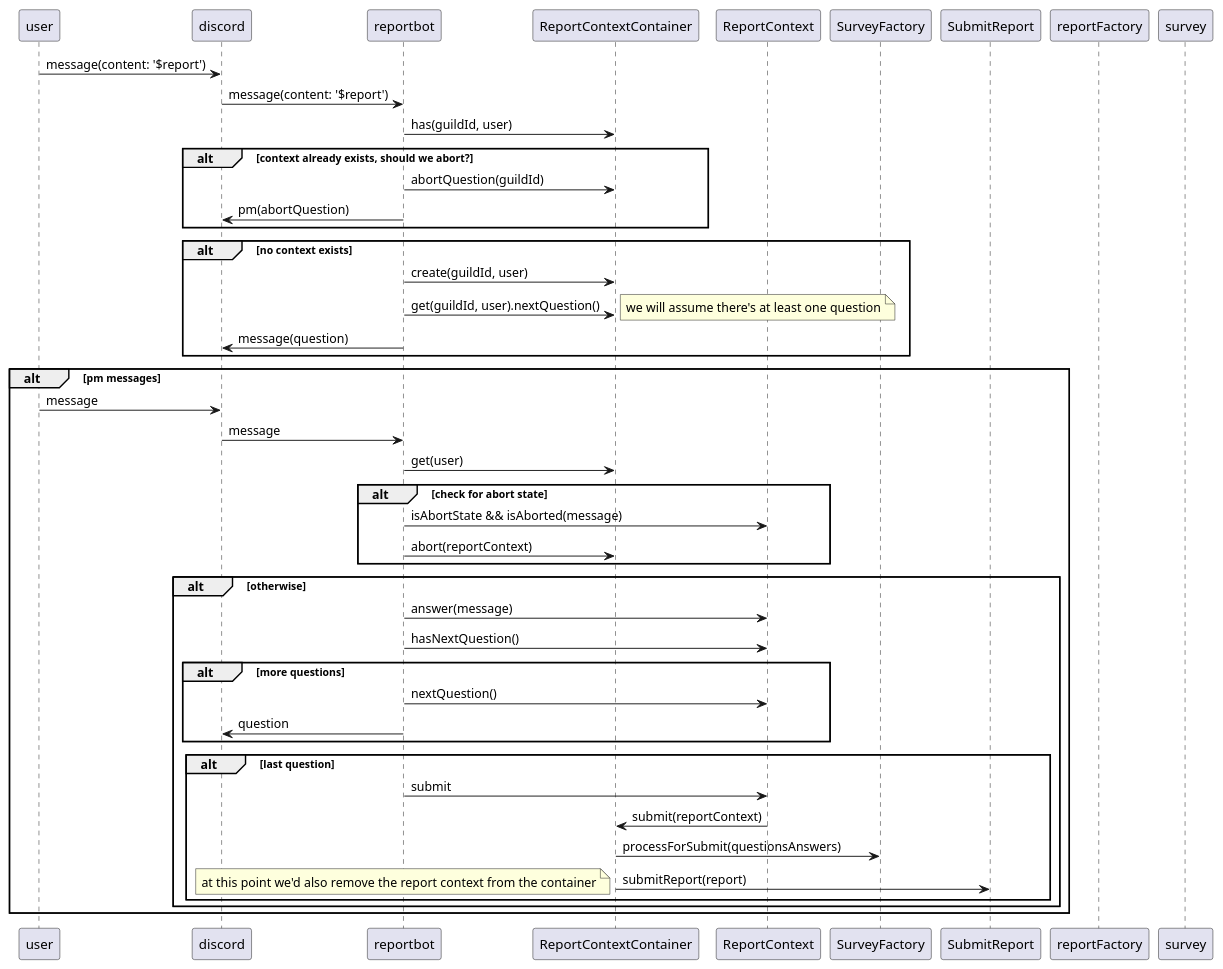
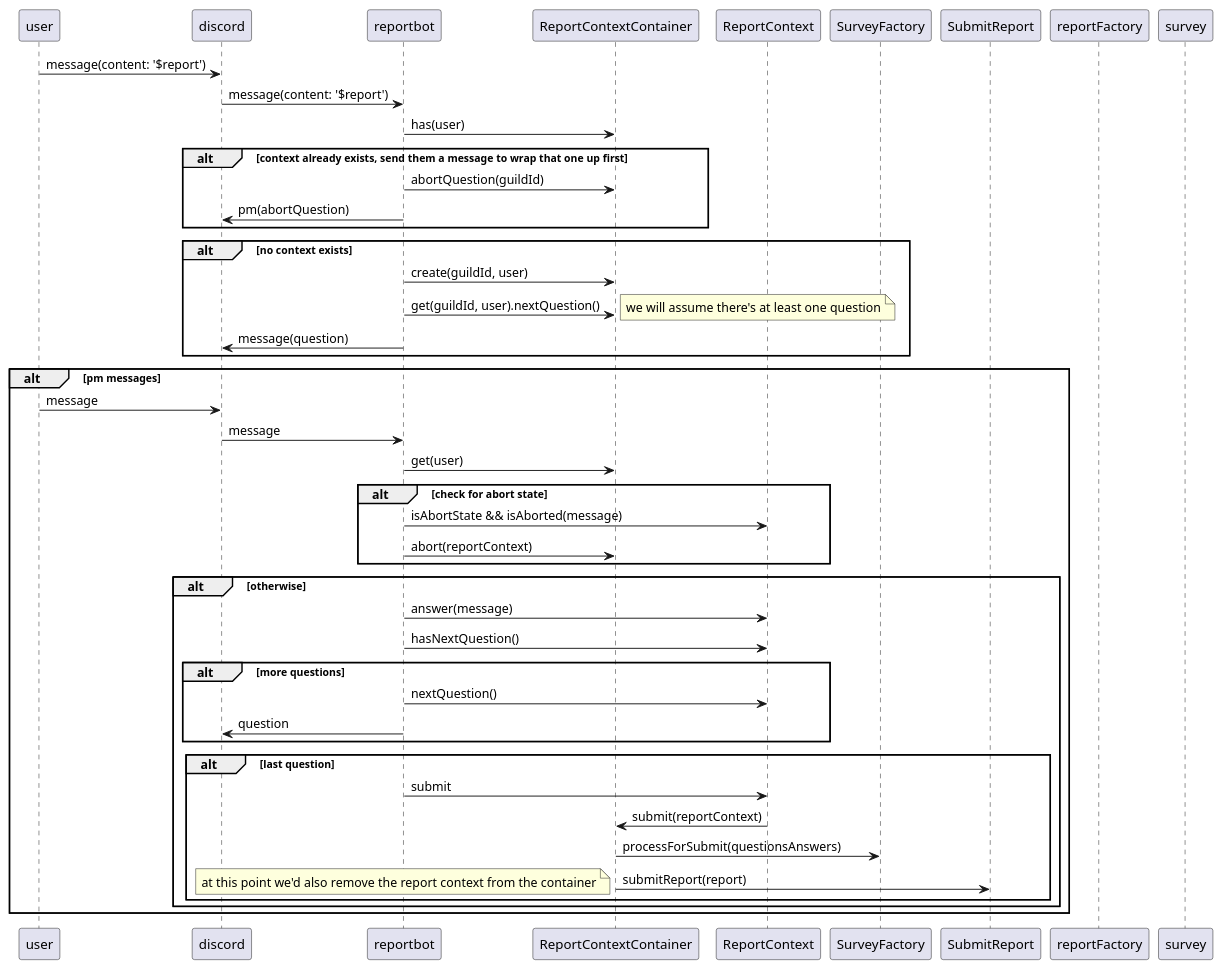
One commit to minininja/reportbot changed the diagram in src/main/uml/reporting.puml. Above: the diagram before and after it, drawn with PlantUML. The commit also changed 11 other files, not shown here.

```diff
--- a/src/main/uml/reporting.puml
+++ b/src/main/uml/reporting.puml
@@ -1,64 +1,64 @@
 @startuml
 
 participant user as u
 participant discord as d
 participant reportbot as rb
 
 participant ReportContextContainer as rcc
 participant ReportContext as rc
 participant SurveyFactory as sf
 participant SubmitReport as sr
 
 participant reportFactory as rf
 participant survey as s
 
 u -> d : message(content: '$report')
 d -> rb : message(content: '$report')
 
-rb -> rcc : has(guildId, user)
-alt context already exists, should we abort?
+rb -> rcc : has(user)
+alt context already exists, send them a message to wrap that one up first
     rb -> rcc : abortQuestion(guildId)
 
     rb -> d : pm(abortQuestion)
 end alt
 
 alt no context exists
     rb -> rcc : create(guildId, user)
     rb -> rcc : get(guildId, user).nextQuestion()
     note right
       we will assume there's at least one question
     end note
     rb -> d : message(question)
 end alt
 
 alt pm messages
     u -> d : message
     d -> rb : message
     rb -> rcc : get(user)
 
     alt check for abort state
         rb -> rc : isAbortState && isAborted(message)
         rb -> rcc : abort(reportContext)
     end alt
 
     alt otherwise
         rb -> rc : answer(message)
         rb -> rc : hasNextQuestion()
 
         alt more questions
             rb -> rc : nextQuestion()
             rb -> d : question
         end alt
         alt last question
             rb -> rc : submit
             rc -> rcc : submit(reportContext)
             rcc -> sf : processForSubmit(questionsAnswers)
             rcc -> sr : submitReport(report)
             note left
                 at this point we'd also remove the report context from the container
             end note
         end alt
     end alt
 end alt
 
 @enduml
```
